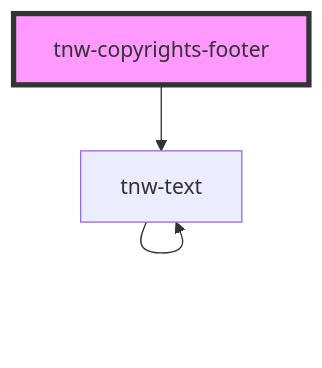
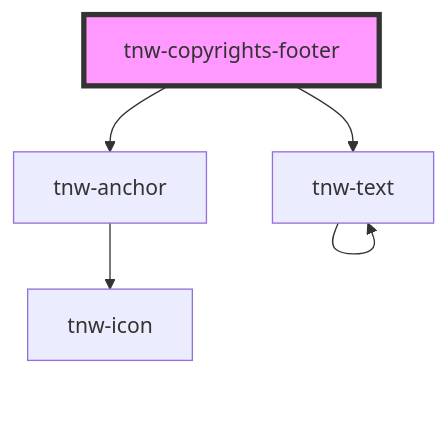
The diagram in packages/stencil-library/src/components/tnw-copyrights-footer/readme.md (technway/technway-component-library), drawn with Mermaid before and after one commit. The commit also changed other lines of this file and 22 other files, not shown here.

First line of the commit message:
feat(tnw-copyrights-footer): introduce new props for links and enhance styles

````diff
--- a/packages/stencil-library/src/components/tnw-copyrights-footer/readme.md
+++ b/packages/stencil-library/src/components/tnw-copyrights-footer/readme.md
@@ -93,6 +96,8 @@
 ```mermaid
 graph TD;
   tnw-copyrights-footer --> tnw-text
+  tnw-copyrights-footer --> tnw-anchor
   tnw-text --> tnw-text
+  tnw-anchor --> tnw-icon
   style tnw-copyrights-footer fill:#f9f,stroke:#333,stroke-width:4px
 ```
````
